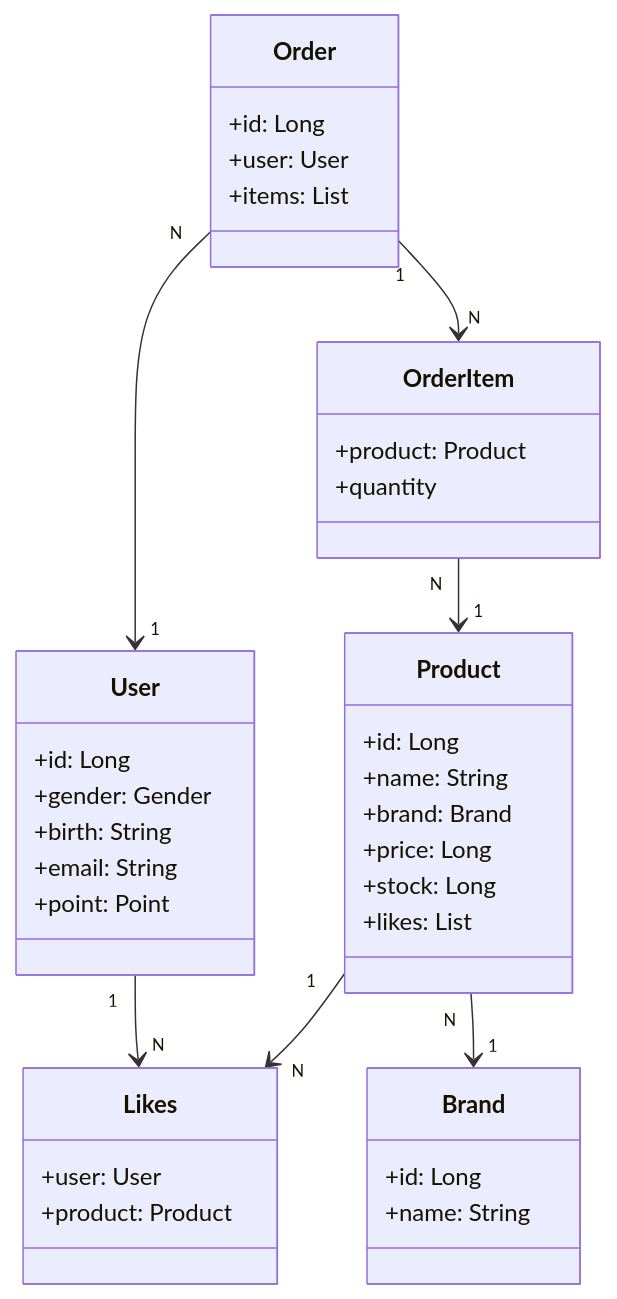
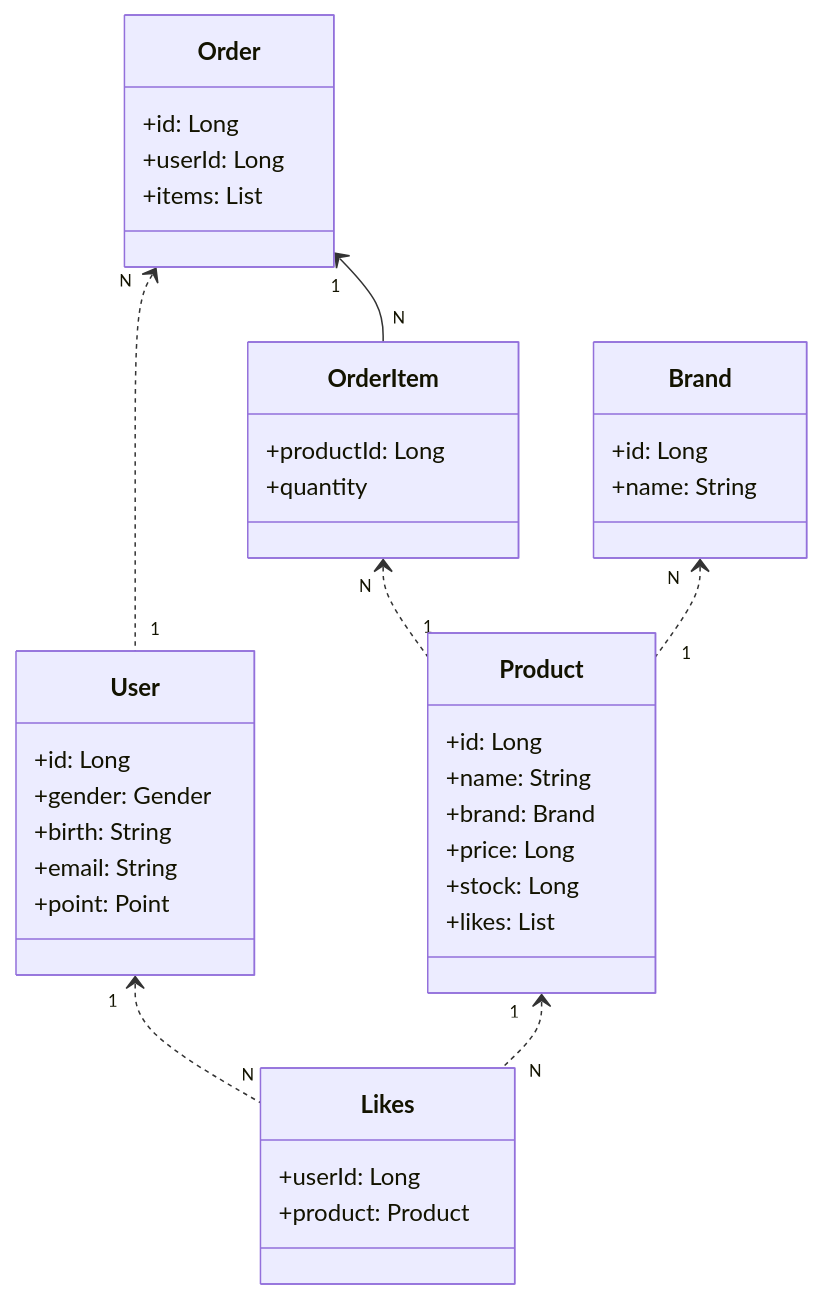
One commit to sangil8585/willys_commerce1 changed the diagram in docs/design/03-class-diagrams.md. Above: the diagram before and after it, drawn with Mermaid.

Commit message:
fix 클래스다이어그램 수정

````diff
--- a/docs/design/03-class-diagrams.md
+++ b/docs/design/03-class-diagrams.md
@@ -3,48 +3,48 @@
 ```mermaid
 classDiagram
 class User {
 +id: Long
 +gender: Gender
 +birth: String
 +email: String
 +point: Point
 }
 
 class Product {
 +id: Long
 +name: String
 +brand: Brand
 +price: Long
 +stock: Long
 +likes: List
 }
 
 class Brand {
 +id: Long
 +name: String
 }
 
 class Order {
 +id: Long
-+user: User
++userId: Long 
 +items: List
 }
 
 class OrderItem {
-+product: Product
++productId: Long
 +quantity
 }
 
 class Likes {
-+user: User
++userId: Long
 +product: Product
 }
 
-Order "N" --> "1" User
-Order "1" --> "N" OrderItem
-OrderItem "N" --> "1" Product
-Product "N" --> "1" Brand
-User "1" --> "N" Likes
-Product "1" --> "N" Likes
+Order "N" <.. "1" User
+Order "1" <-- "N" OrderItem
+OrderItem "N" <.. "1" Product
+Brand "N" <.. "1" Product
+User "1" <.. "N" Likes
+Product "1" <.. "N" Likes
 
 ```
````
